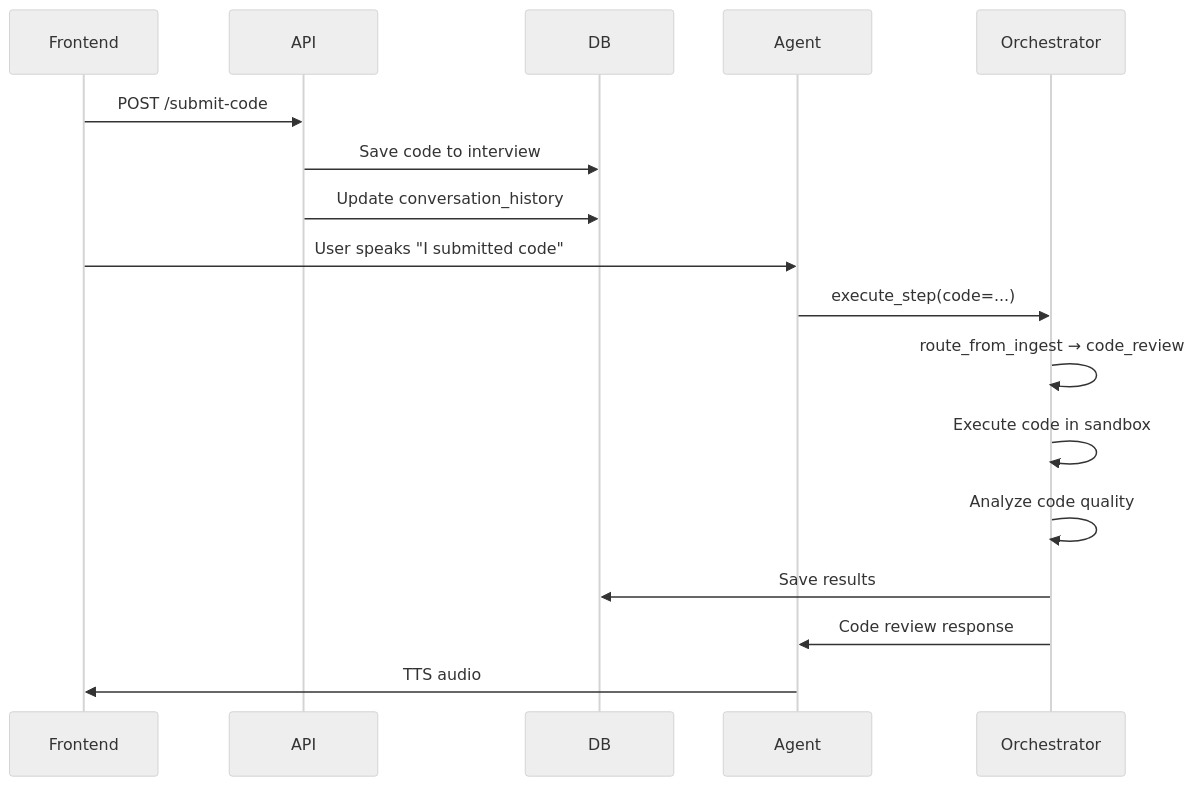
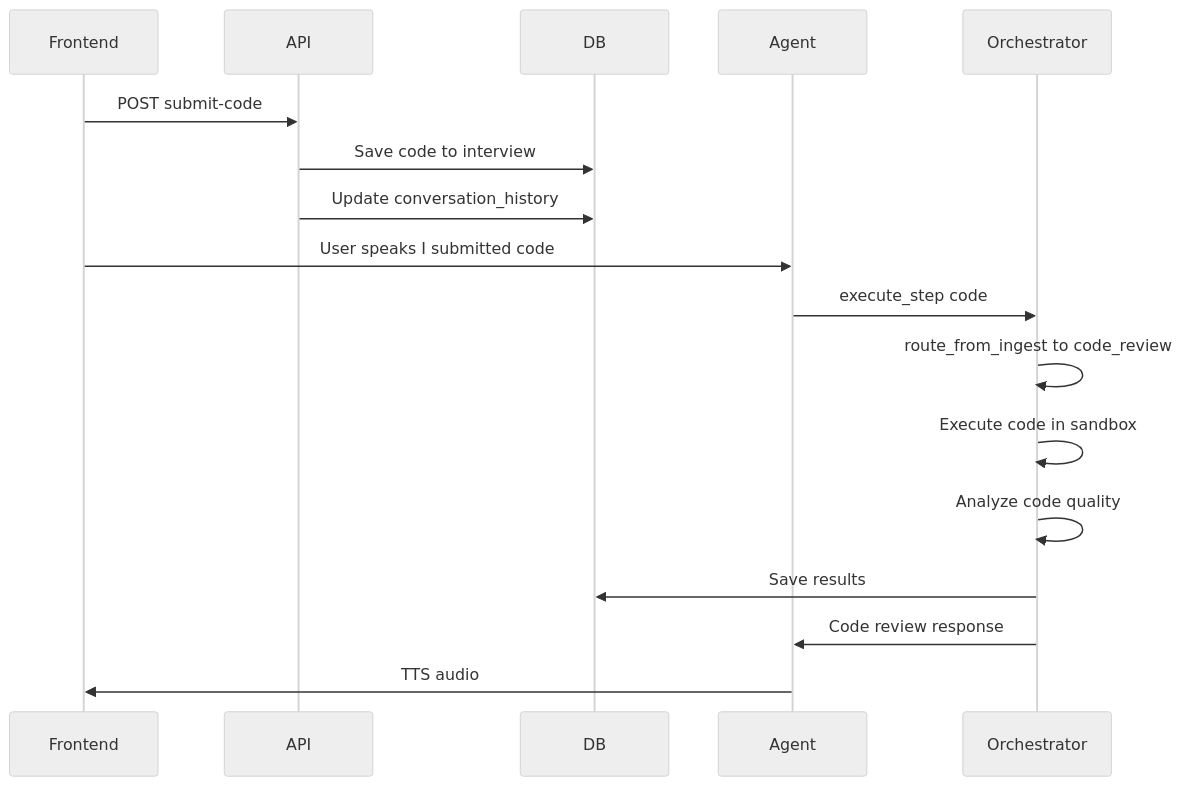
Before and after one commit to StephaneWamba/InterviewLab: the fifth of 5 diagrams in docs/ARCHITECTURE.md, drawn with Mermaid (neutral theme). The commit also changed other lines of this file and 6 other files, not shown here.

Commit message:
Add concise explanations between diagrams in documentation - show deep system knowledge

````diff
--- a/docs/ARCHITECTURE.md
+++ b/docs/ARCHITECTURE.md
@@ -156,20 +166,20 @@
 ```mermaid
 sequenceDiagram
     participant Frontend
     participant API
     participant DB
     participant Agent
     participant Orchestrator
 
-    Frontend->>API: POST /submit-code
+    Frontend->>API: POST submit-code
     API->>DB: Save code to interview
     API->>DB: Update conversation_history
-    Frontend->>Agent: User speaks "I submitted code"
-    Agent->>Orchestrator: execute_step(code=...)
-    Orchestrator->>Orchestrator: route_from_ingest → code_review
+    Frontend->>Agent: User speaks I submitted code
+    Agent->>Orchestrator: execute_step code
+    Orchestrator->>Orchestrator: route_from_ingest to code_review
     Orchestrator->>Orchestrator: Execute code in sandbox
     Orchestrator->>Orchestrator: Analyze code quality
     Orchestrator->>DB: Save results
     Orchestrator->>Agent: Code review response
     Agent->>Frontend: TTS audio
 ```
````
